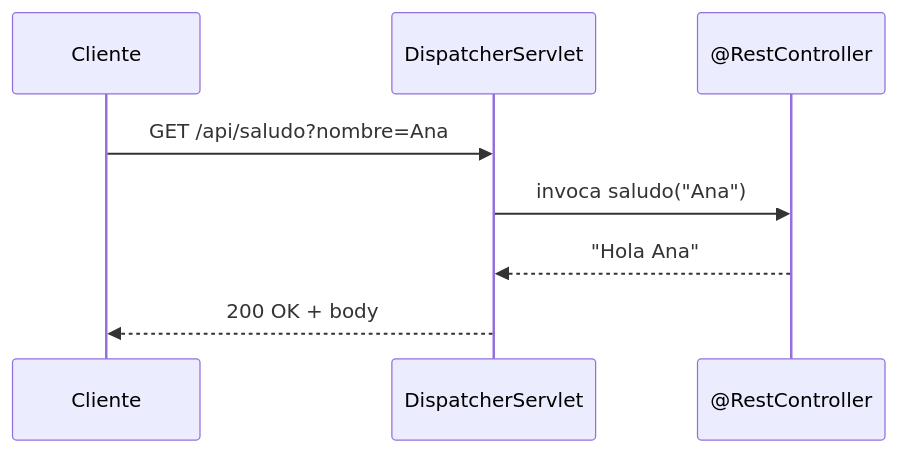
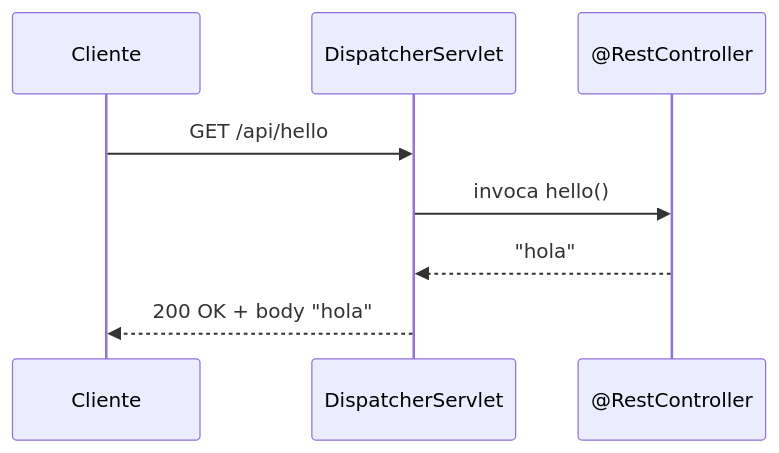
The first of 4 diagrams in Programación/Aprendizaje autodidacta/11_APIRESTMasterclass/teoria/05_Controllers_REST.md (obiticadev/DAM-2025-26), drawn with Mermaid before and after one commit. The commit also changed other lines of this file and 40 other files, not shown here.

````diff
--- a/Programación/Aprendizaje autodidacta/11_APIRESTMasterclass/teoria/05_Controllers_REST.md
+++ b/Programación/Aprendizaje autodidacta/11_APIRESTMasterclass/teoria/05_Controllers_REST.md
@@ -10,10 +37,10 @@
 ```mermaid
 sequenceDiagram
     participant C as Cliente
     participant DS as DispatcherServlet
     participant Ctrl as @RestController
-    C->>DS: GET /api/saludo?nombre=Ana
-    DS->>Ctrl: invoca saludo("Ana")
-    Ctrl-->>DS: "Hola Ana"
-    DS-->>C: 200 OK + body
+    C->>DS: GET /api/hello
+    DS->>Ctrl: invoca hello()
+    Ctrl-->>DS: "hola"
+    DS-->>C: 200 OK + body "hola"
 ```
````
